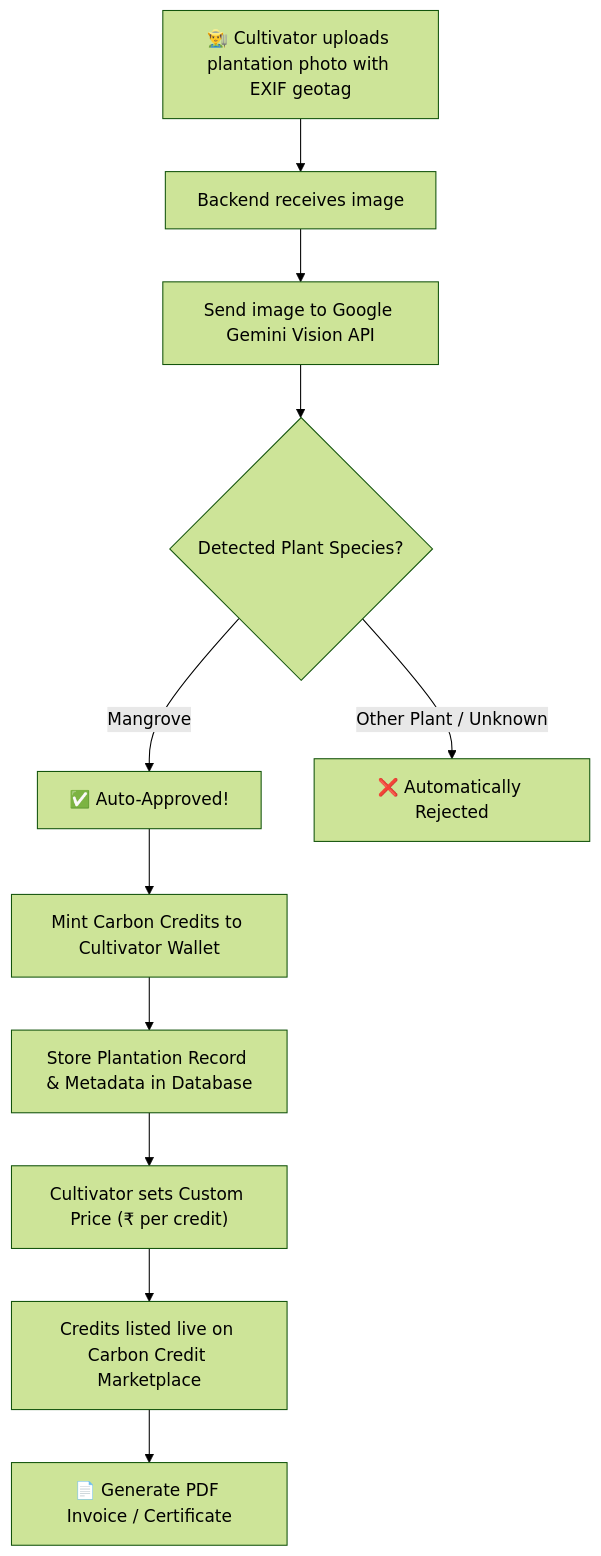
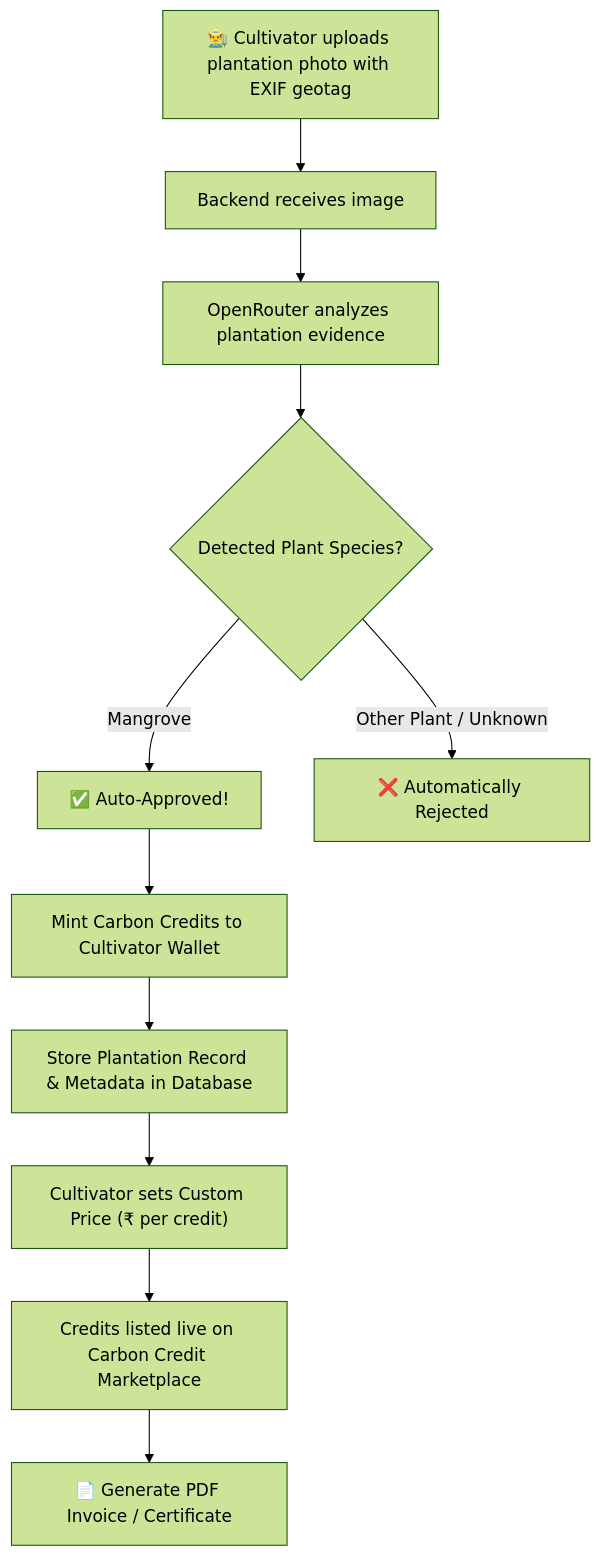
The second of 3 diagrams in README.md (RohitGuddin/CarbonChain-DeCarbon-byQuantumNodes), drawn with Mermaid (forest theme) before and after one commit. The commit also changed other lines of this file and 11 other files, not shown here.

Commit message:
Describe CarbonChain with the Next.js, Node.js, MongoDB, OpenRouter, Polygon, and Razorpay stack.

````diff
--- a/README.md
+++ b/README.md
@@ -386,16 +369,16 @@
 ```mermaid
 flowchart TD
     A["👨‍🌾 Cultivator uploads plantation photo with EXIF geotag"] --> B["Backend receives image"]
-    B --> C["Send image to Google Gemini Vision API"]
+    B --> C["OpenRouter analyzes plantation evidence"]
     
     C --> D{"Detected Plant Species?"}
     
     D -->|Mangrove| E["✅ Auto-Approved!"]
     D -->|Other Plant / Unknown| F["❌ Automatically Rejected"]
     
     E --> G["Mint Carbon Credits to Cultivator Wallet"]
     G --> H["Store Plantation Record & Metadata in Database"]
     H --> I["Cultivator sets Custom Price (₹ per credit)"]
     I --> J["Credits listed live on Carbon Credit Marketplace"]
     J --> K["📄 Generate PDF Invoice / Certificate"]
 ```
````
